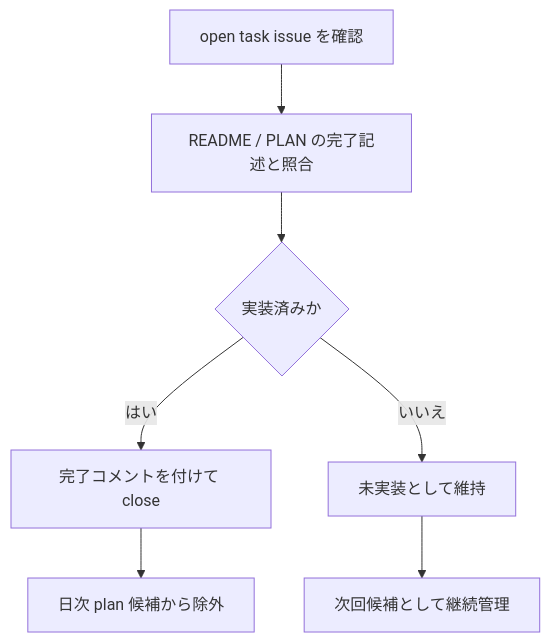
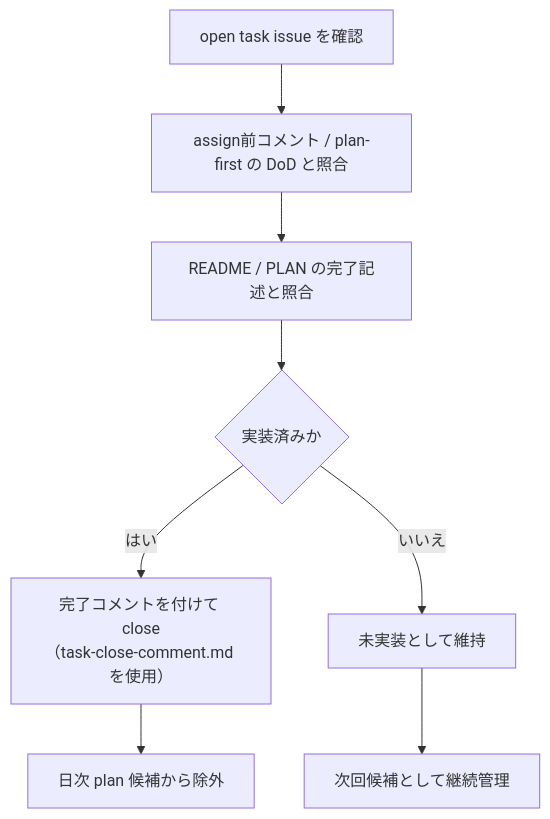
Before and after one commit to cocomomojo/test_ai1: the fifth of 5 diagrams in README.md, drawn with Mermaid. The commit also changed other lines of this file and 4 other files, not shown here.

First line of the commit message:
Task issue 運用の型を固める: assign前コメント必須化・plan-first DoD強化・クローズ一貫化

````diff
--- a/README.md
+++ b/README.md
@@ -318,9 +320,10 @@
 ```mermaid
 flowchart TD
-    A["open task issue を確認"] --> B["README / PLAN の完了記述と照合"]
-    B --> C{実装済みか}
-    C -- はい --> D["完了コメントを付けて close"]
-    C -- いいえ --> E["未実装として維持"]
-    D --> F["日次 plan 候補から除外"]
-    E --> G["次回候補として継続管理"]
+    A["open task issue を確認"] --> B["assign前コメント / plan-first の DoD と照合"]
+    B --> C["README / PLAN の完了記述と照合"]
+    C --> D{実装済みか}
+    D -- はい --> E["完了コメントを付けて close\n（task-close-comment.md を使用）"]
+    D -- いいえ --> F["未実装として維持"]
+    E --> G["日次 plan 候補から除外"]
+    F --> H["次回候補として継続管理"]
 ```
````
